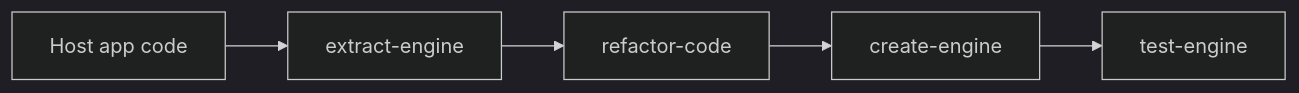
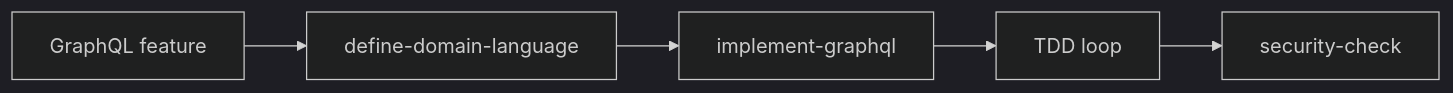
Before and after one commit to igmarin/rails-agent-skills: the fifth of 6 diagrams in docs/persona-guide.md, drawn with Mermaid (dark theme). The commit also changed other lines of this file and 49 other files, not shown here.

````diff
--- a/docs/persona-guide.md
+++ b/docs/persona-guide.md
@@ -601,7 +73,7 @@
 ```mermaid
 flowchart LR
-    A[Host app code] --> B[extract-engine]
-    B --> C[refactor-code]
-    C --> D[create-engine]
-    D --> E[test-engine]
+    A[GraphQL feature] --> B[define-domain-language]
+    B --> C[implement-graphql]
+    C --> D[TDD loop]
+    D --> E[security-check]
 ```
````
